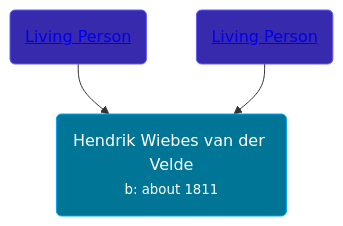
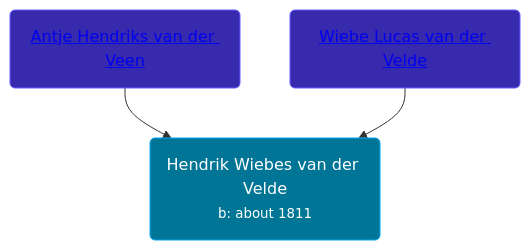
Before and after one commit to wpmgotkh/wpmgotkh.github.io: the diagram in pages/people/8/85128347.md, drawn with Mermaid. The commit also changed other lines of this file and 586 other files, not shown here.

Commit message:
feat: better shouldConsiderPersonLiving algo

````diff
--- a/pages/people/8/85128347.md
+++ b/pages/people/8/85128347.md
@@ -10,9 +10,9 @@
 ```mermaid
 graph
 classDef grands fill:#193cb8,stroke:#2b7fff,stroke-width:1px,color:#fff;
 classDef parents fill:#372aac,stroke:#615fff,stroke-width:1px,color:#fff;
 classDef primary fill:#007595,stroke:#00a6f4,stroke-width:1px,color:#fff;
 85128347(Hendrik Wiebes van der Velde<br /><small>b: about 1811</small>):::primary
-48633974(<a class="text-white" href="/people/4/48633974">Living Person</a>):::parents-->85128347
-9294160(<a class="text-white" href="/people/9/9294160">Living Person</a>):::parents-->85128347
+48633974(<a class="text-white" href="/people/4/48633974">Antje Hendriks van der Veen</a>):::parents-->85128347
+9294160(<a class="text-white" href="/people/9/9294160">Wiebe Lucas van der Velde</a>):::parents-->85128347
 ```
````
